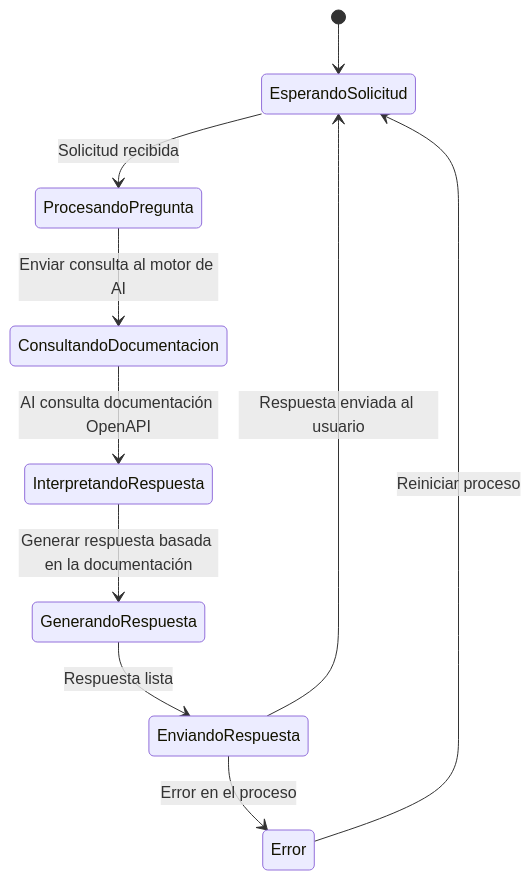
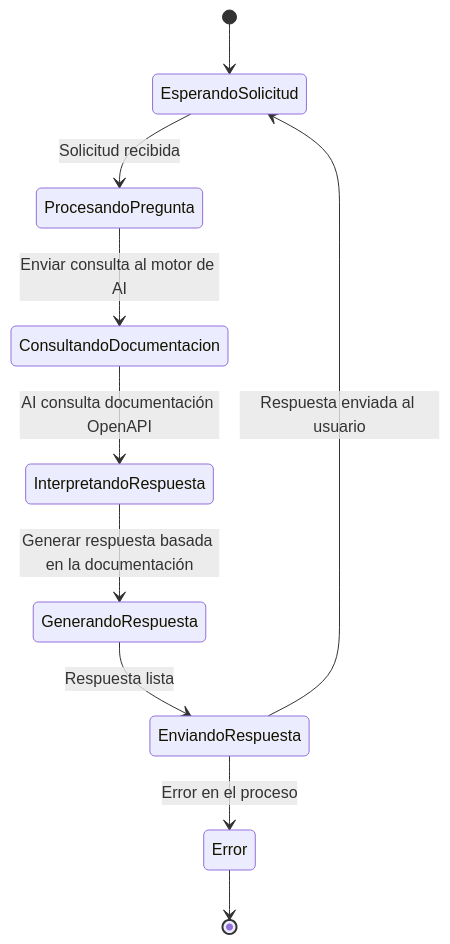
Before and after one commit to developersnake/arquitecturaAI: the diagram in DiagramaDeEstado.mmd, drawn with Mermaid.

```diff
--- a/DiagramaDeEstado.mmd
+++ b/DiagramaDeEstado.mmd
@@ -1,10 +1,10 @@
 stateDiagram
     [*] --> EsperandoSolicitud
     EsperandoSolicitud --> ProcesandoPregunta : Solicitud recibida
     ProcesandoPregunta --> ConsultandoDocumentacion : Enviar consulta al motor de AI
     ConsultandoDocumentacion --> InterpretandoRespuesta : AI consulta documentación OpenAPI
     InterpretandoRespuesta --> GenerandoRespuesta : Generar respuesta basada en la documentación
     GenerandoRespuesta --> EnviandoRespuesta : Respuesta lista
     EnviandoRespuesta --> EsperandoSolicitud : Respuesta enviada al usuario
     EnviandoRespuesta --> Error : Error en el proceso
-    Error --> EsperandoSolicitud : Reiniciar proceso
+    Error --> [*]
```
